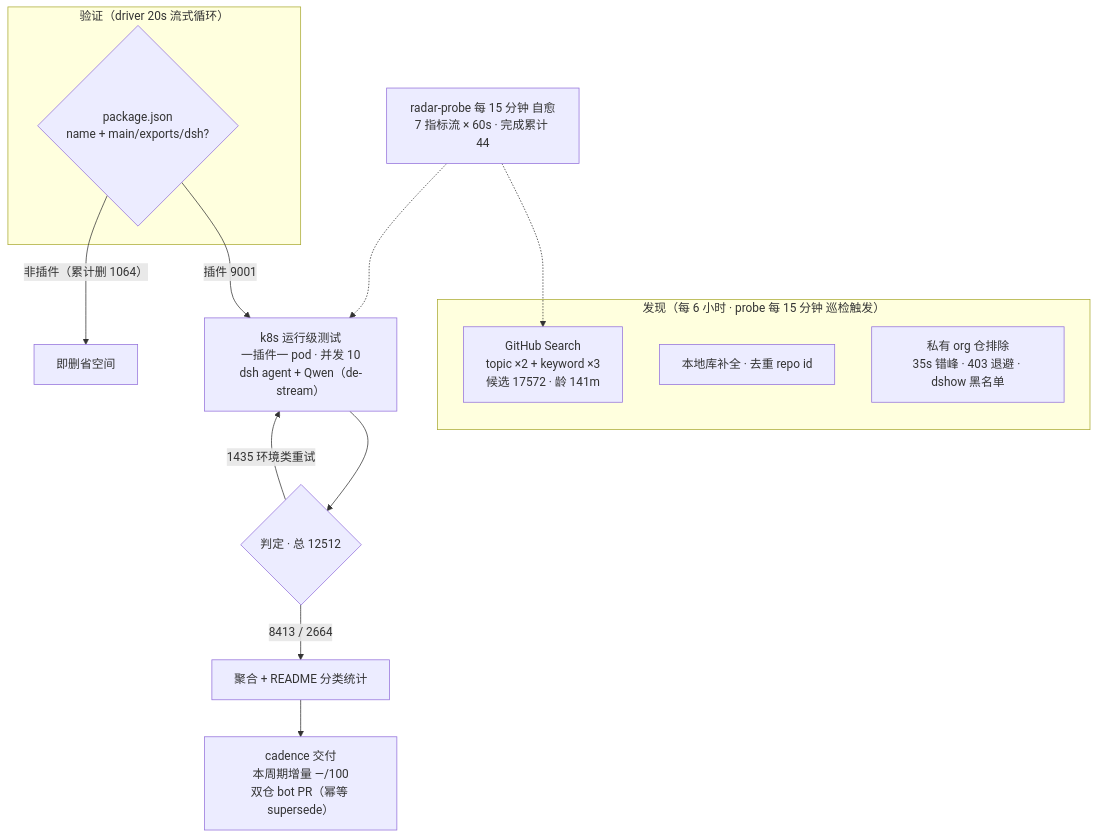
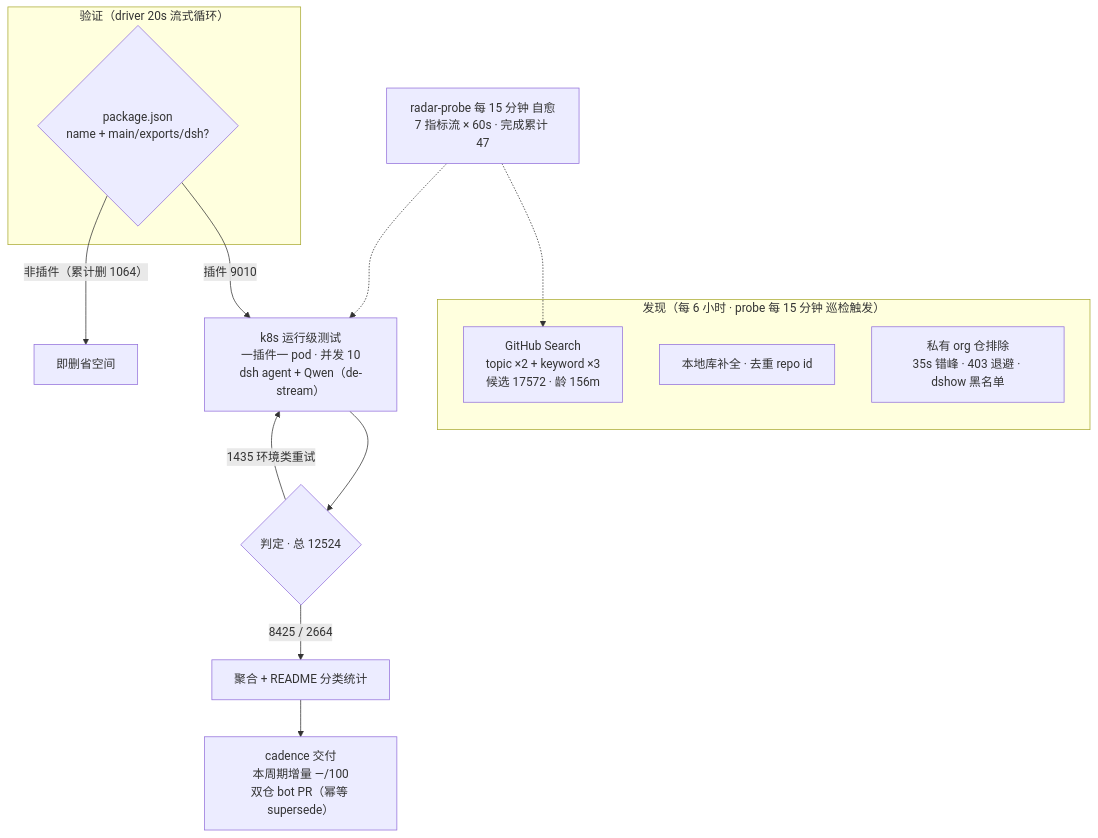
Before and after one commit to Zhidao-Lab-OSS/awesome-dsh-plugins: the diagram in README.md, drawn with Mermaid. The commit also changed other lines of this file and 1 other file, not shown here.

````diff
--- a/README.md
+++ b/README.md
@@ -52,20 +52,20 @@
 ```mermaid
 flowchart TB
     subgraph Discovery["发现（每 6 小时 · probe 每 15 分钟 巡检触发）"]
-        A1["GitHub Search<br/>topic ×2 + keyword ×3<br/>候选 17572 · 龄 141m"]
+        A1["GitHub Search<br/>topic ×2 + keyword ×3<br/>候选 17572 · 龄 156m"]
         A2["本地库补全 · 去重 repo id"]
         A3["私有 org 仓排除<br/>35s 错峰 · 403 退避 · dshow 黑名单"]
     end
     subgraph Validation["验证（driver 20s 流式循环）"]
         B1{"package.json<br/>name + main/exports/dsh?"}
     end
-    B1 -->|"插件 9001"| C1["k8s 运行级测试<br/>一插件一 pod · 并发 10<br/>dsh agent + Qwen（de-stream）"]
+    B1 -->|"插件 9010"| C1["k8s 运行级测试<br/>一插件一 pod · 并发 10<br/>dsh agent + Qwen（de-stream）"]
     B1 -->|"非插件（累计删 1064）"| B3["即删省空间"]
-    C1 --> D1{"判定 · 总 12512"}
-    D1 -->|"8413 / 2664"| E1["聚合 + README 分类统计"]
+    C1 --> D1{"判定 · 总 12524"}
+    D1 -->|"8425 / 2664"| E1["聚合 + README 分类统计"]
     D1 -->|"1435 环境类重试"| C1
     E1 --> E2["cadence 交付<br/>本周期增量 —/100<br/>双仓 bot PR（幂等 supersede）"]
-    M["radar-probe 每 15 分钟 自愈<br/>7 指标流 × 60s · 完成累计 44"]
+    M["radar-probe 每 15 分钟 自愈<br/>7 指标流 × 60s · 完成累计 47"]
     M -.-> A1
     M -.-> C1
 ```
````
